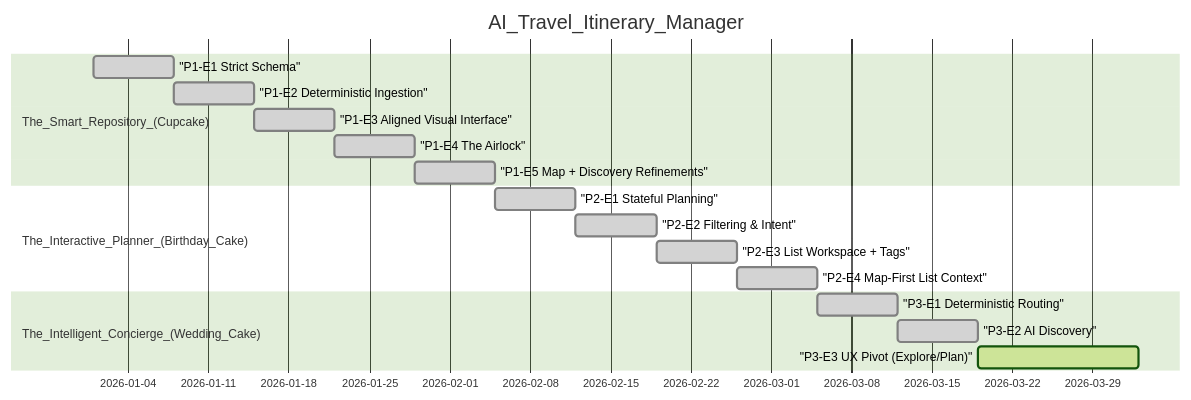
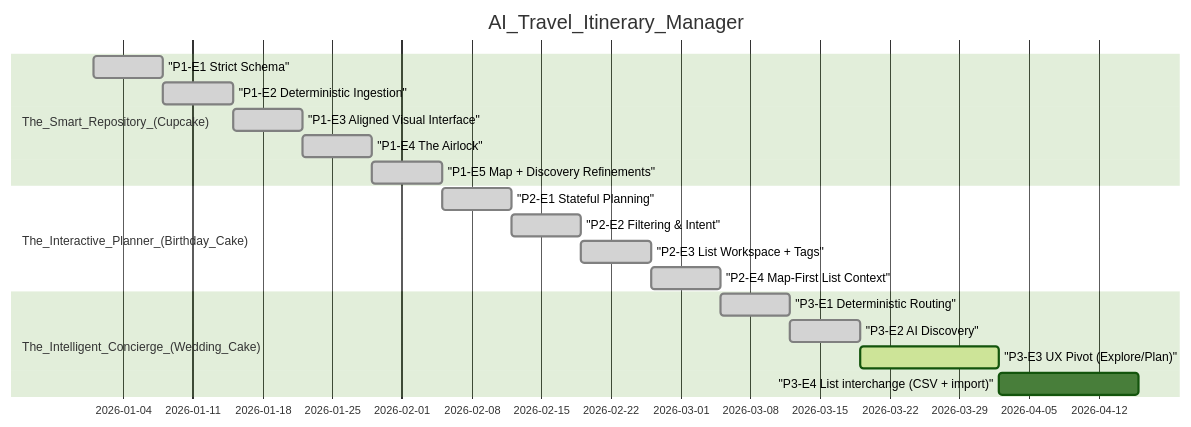
One commit to walshkang/acerca-trip-planner changed the diagram in CONTEXT.md. Above: the diagram before and after it, drawn with Mermaid (forest theme). The commit also changed other lines of this file and 14 other files, not shown here.

````diff
--- a/CONTEXT.md
+++ b/CONTEXT.md
@@ -83,20 +88,21 @@
 ```mermaid
 gantt
   dateFormat YYYY-MM-DD
   title AI_Travel_Itinerary_Manager
   section The_Smart_Repository_(Cupcake)
   "P1-E1 Strict Schema" :done, p1e1, 2026-01-01, 7d
   "P1-E2 Deterministic Ingestion" :done, p1e2, after p1e1, 7d
   "P1-E3 Aligned Visual Interface" :done, p1e3, after p1e2, 7d
   "P1-E4 The Airlock" :done, p1e4, after p1e3, 7d
   "P1-E5 Map + Discovery Refinements" :done, p1e5, after p1e4, 7d
   section The_Interactive_Planner_(Birthday_Cake)
   "P2-E1 Stateful Planning" :done, p2e1, after p1e5, 7d
   "P2-E2 Filtering & Intent" :done, p2e2, after p2e1, 7d
   "P2-E3 List Workspace + Tags" :done, p2e3, after p2e2, 7d
   "P2-E4 Map-First List Context" :done, p2e4, after p2e3, 7d
   section The_Intelligent_Concierge_(Wedding_Cake)
   "P3-E1 Deterministic Routing" :done, p3e1, after p2e4, 7d
   "P3-E2 AI Discovery" :done, p3e2, after p3e1, 7d
   "P3-E3 UX Pivot (Explore/Plan)" :active, p3e3, after p3e2, 14d
+  "P3-E4 List interchange (CSV + import)" : p3e4, after p3e3, 14d
 ```
````
